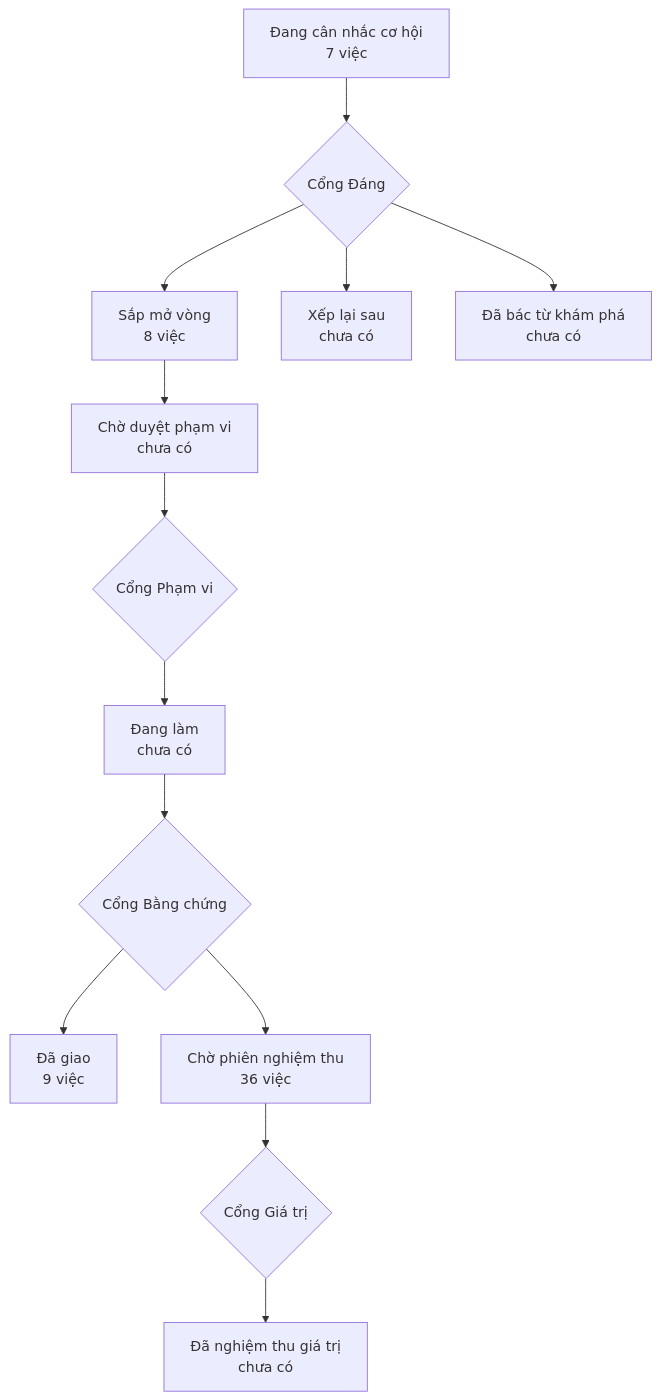
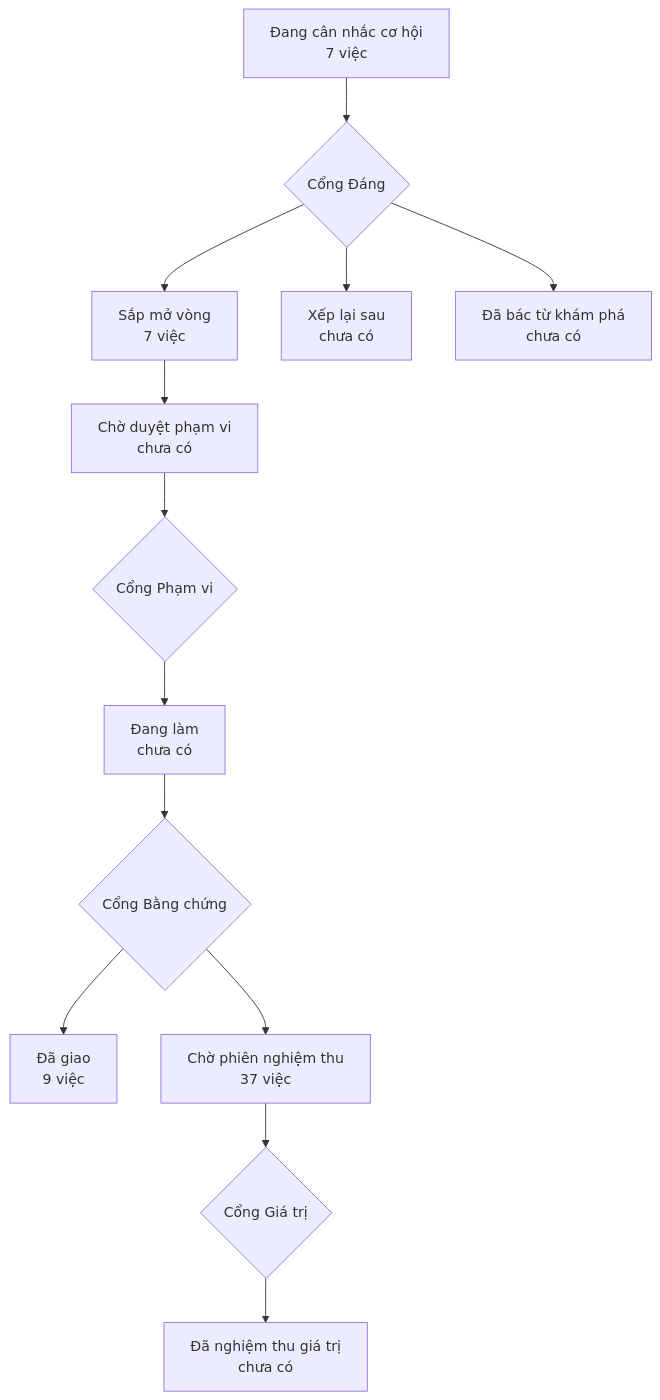
Before and after one commit to phanlemanh/onehub-quy-hang: the diagram in PRODUCT-MAP.md, drawn with Mermaid. The commit also changed 1 other file, not shown here.

Commit message:
chore(lo-trinh): vẽ lại bản đồ sau khi gộp main

````diff
--- a/PRODUCT-MAP.md
+++ b/PRODUCT-MAP.md
@@ -7,12 +7,12 @@
 ```mermaid
 flowchart TD
   A["Đang cân nhắc cơ hội<br/>7 việc"] --> GD{"Cổng Đáng"}
-  GD --> B["Sắp mở vòng<br/>8 việc"]
+  GD --> B["Sắp mở vòng<br/>7 việc"]
   GD --> XL["Xếp lại sau<br/>chưa có"]
   GD --> DB["Đã bác từ khám phá<br/>chưa có"]
   B --> CD["Chờ duyệt phạm vi<br/>chưa có"] --> GP{"Cổng Phạm vi"}
   GP --> DL["Đang làm<br/>chưa có"] --> GB{"Cổng Bằng chứng"}
   GB --> DG["Đã giao<br/>9 việc"]
-  GB --> CN["Chờ phiên nghiệm thu<br/>36 việc"] --> GG{"Cổng Giá trị"}
+  GB --> CN["Chờ phiên nghiệm thu<br/>37 việc"] --> GG{"Cổng Giá trị"}
   GG --> NT["Đã nghiệm thu giá trị<br/>chưa có"]
 ```
````
